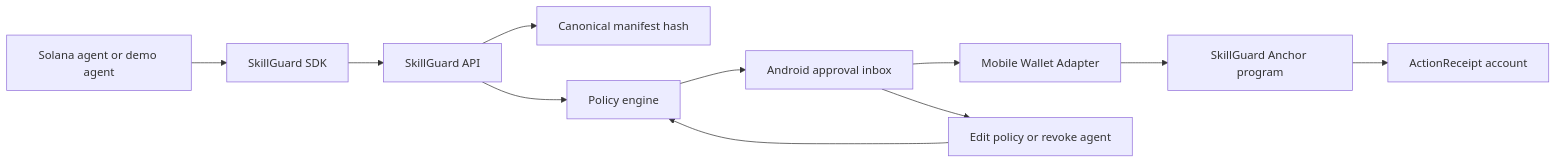
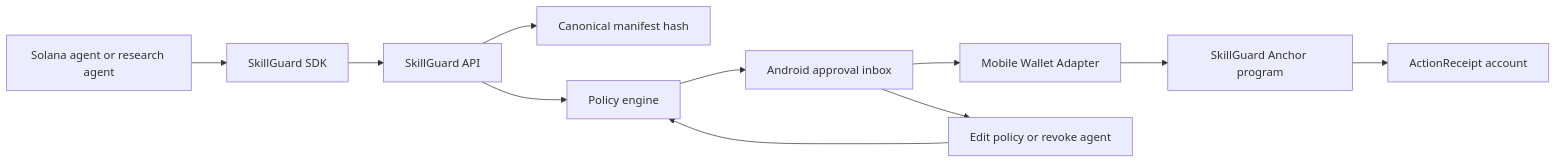
Before and after one commit to VincenzoImp/skillguard: the diagram in README.md, drawn with Mermaid. The commit also changed other lines of this file and 37 other files, not shown here.

````diff
--- a/README.md
+++ b/README.md
@@ -30,13 +37,13 @@
 ```mermaid
 flowchart LR
-  A[Solana agent or demo agent] --> B[SkillGuard SDK]
+  A[Solana agent or research agent] --> B[SkillGuard SDK]
   B --> C[SkillGuard API]
   C --> D[Canonical manifest hash]
   C --> E[Policy engine]
   E --> F[Android approval inbox]
   F --> G[Mobile Wallet Adapter]
   G --> H[SkillGuard Anchor program]
   H --> I[ActionReceipt account]
   F --> J[Edit policy or revoke agent]
   J --> E
 ```
````
